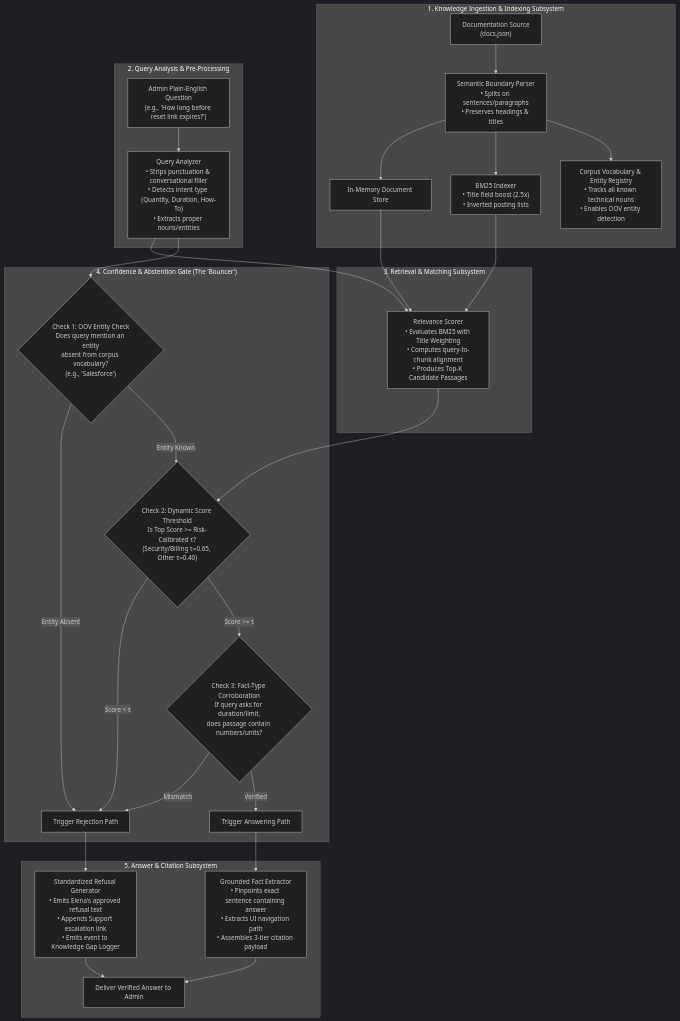
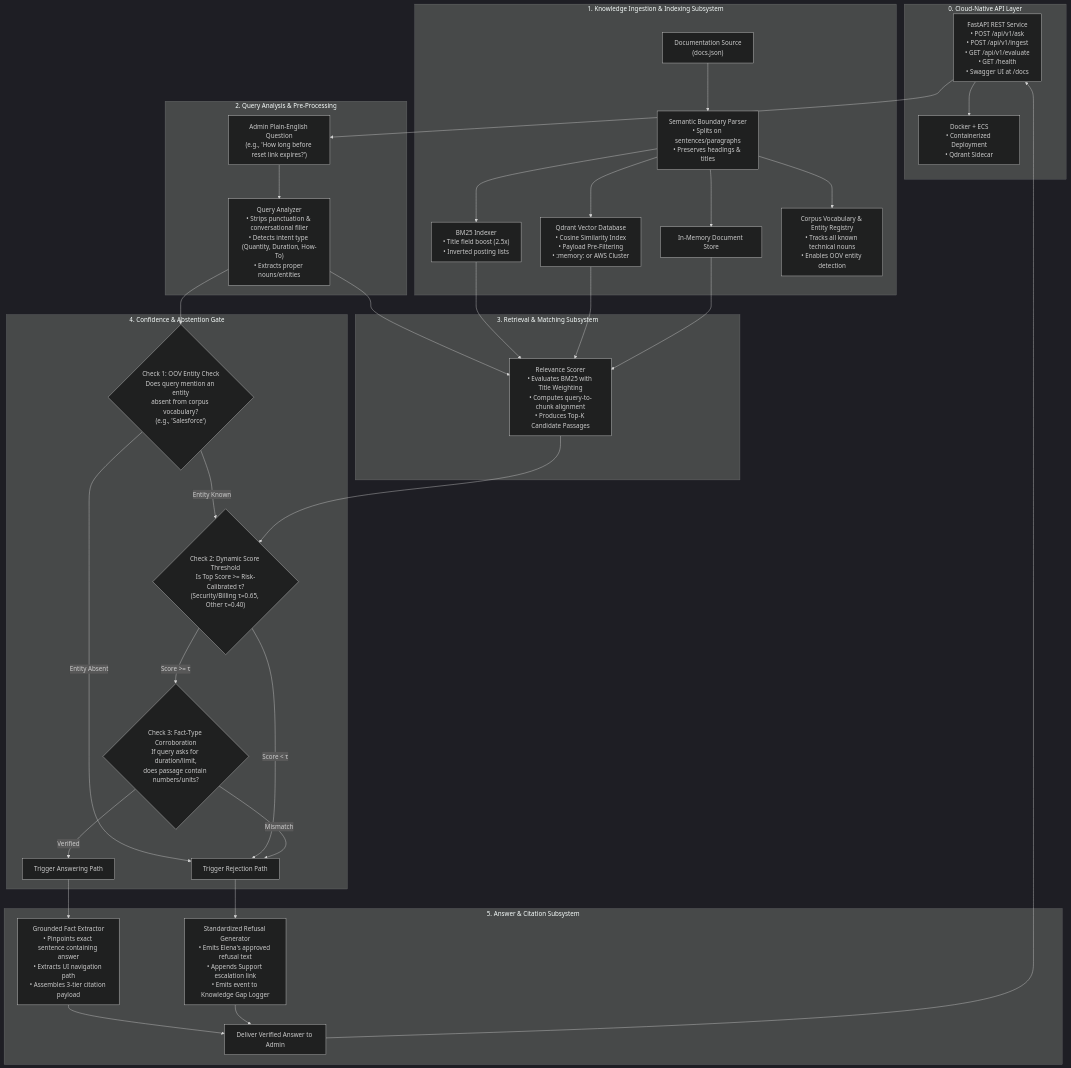
One commit to Hemu2410/ContextIQ changed the first of 2 diagrams in SOLUTION_DESIGN.md. Above: the diagram before and after it, drawn with Mermaid (dark theme). The commit also changed other lines of this file and 7 other files, not shown here.

First line of the commit message:
feat: add FastAPI REST API, Docker containerization, and Qdrant integration

````diff
--- a/SOLUTION_DESIGN.md
+++ b/SOLUTION_DESIGN.md
@@ -74,41 +74,52 @@
 ```mermaid
 flowchart TD
+    subgraph API ["0. Cloud-Native API Layer"]
+        FastAPI["FastAPI REST Service\n• POST /api/v1/ask\n• POST /api/v1/ingest\n• GET /api/v1/evaluate\n• GET /health\n• Swagger UI at /docs"]
+        Docker["Docker + ECS\n• Containerized Deployment\n• Qdrant Sidecar"]
+        FastAPI --> Docker
+    end
+
     subgraph Ingestion ["1. Knowledge Ingestion & Indexing Subsystem"]
         RawDocs["Documentation Source\n(docs.json)"] --> Chunker["Semantic Boundary Parser\n• Splits on sentences/paragraphs\n• Preserves headings & titles"]
         Chunker --> DocStore["In-Memory Document Store"]
         Chunker --> BM25["BM25 Indexer\n• Title field boost (2.5x)\n• Inverted posting lists"]
+        Chunker --> Qdrant["Qdrant Vector Database\n• Cosine Similarity Index\n• Payload Pre-Filtering\n• :memory: or AWS Cluster"]
         Chunker --> VocabReg["Corpus Vocabulary & Entity Registry\n• Tracks all known technical nouns\n• Enables OOV entity detection"]
     end
 
     subgraph QueryPipeline ["2. Query Analysis & Pre-Processing"]
         UserQuery["Admin Plain-English Question\n(e.g., 'How long before reset link expires?')"] --> Analyzer["Query Analyzer\n• Strips punctuation & conversational filler\n• Detects intent type (Quantity, Duration, How-To)\n• Extracts proper nouns/entities"]
     end
 
     subgraph RetrievalLayer ["3. Retrieval & Matching Subsystem"]
         Analyzer --> Scorer["Relevance Scorer\n• Evaluates BM25 with Title Weighting\n• Computes query-to-chunk alignment\n• Produces Top-K Candidate Passages"]
         BM25 --> Scorer
+        Qdrant --> Scorer
         DocStore --> Scorer
     end
 
-    subgraph Gatekeeper ["4. Confidence & Abstention Gate (The 'Bouncer')"]
+    subgraph Gatekeeper ["4. Confidence & Abstention Gate"]
         Analyzer --> Check1{"Check 1: OOV Entity Check\nDoes query mention an entity\nabsent from corpus vocabulary?\n(e.g., 'Salesforce')"}
         Check1 -- "Entity Absent" --> RejectPath["Trigger Rejection Path"]
         
         Check1 -- "Entity Known" --> Check2{"Check 2: Dynamic Score Threshold\nIs Top Score >= Risk-Calibrated τ?\n(Security/Billing τ=0.65, Other τ=0.40)"}
         Scorer --> Check2
         Check2 -- "Score < τ" --> RejectPath
         
         Check2 -- "Score >= τ" --> Check3{"Check 3: Fact-Type Corroboration\nIf query asks for duration/limit,\ndoes passage contain numbers/units?"}
         Check3 -- "Mismatch" --> RejectPath
         Check3 -- "Verified" --> PassPath["Trigger Answering Path"]
     end
 
     subgraph PresentationLayer ["5. Answer & Citation Subsystem"]
         PassPath --> Extractor["Grounded Fact Extractor\n• Pinpoints exact sentence containing answer\n• Extracts UI navigation path\n• Assembles 3-tier citation payload"]
         
         RejectPath --> Fallback["Standardized Refusal Generator\n• Emits Elena's approved refusal text\n• Appends Support escalation link\n• Emits event to Knowledge Gap Logger"]
         
         Extractor --> DeliverResponse["Deliver Verified Answer to Admin"]
         Fallback --> DeliverResponse
     end
+
+    FastAPI --> UserQuery
+    DeliverResponse --> FastAPI
 ```
````
